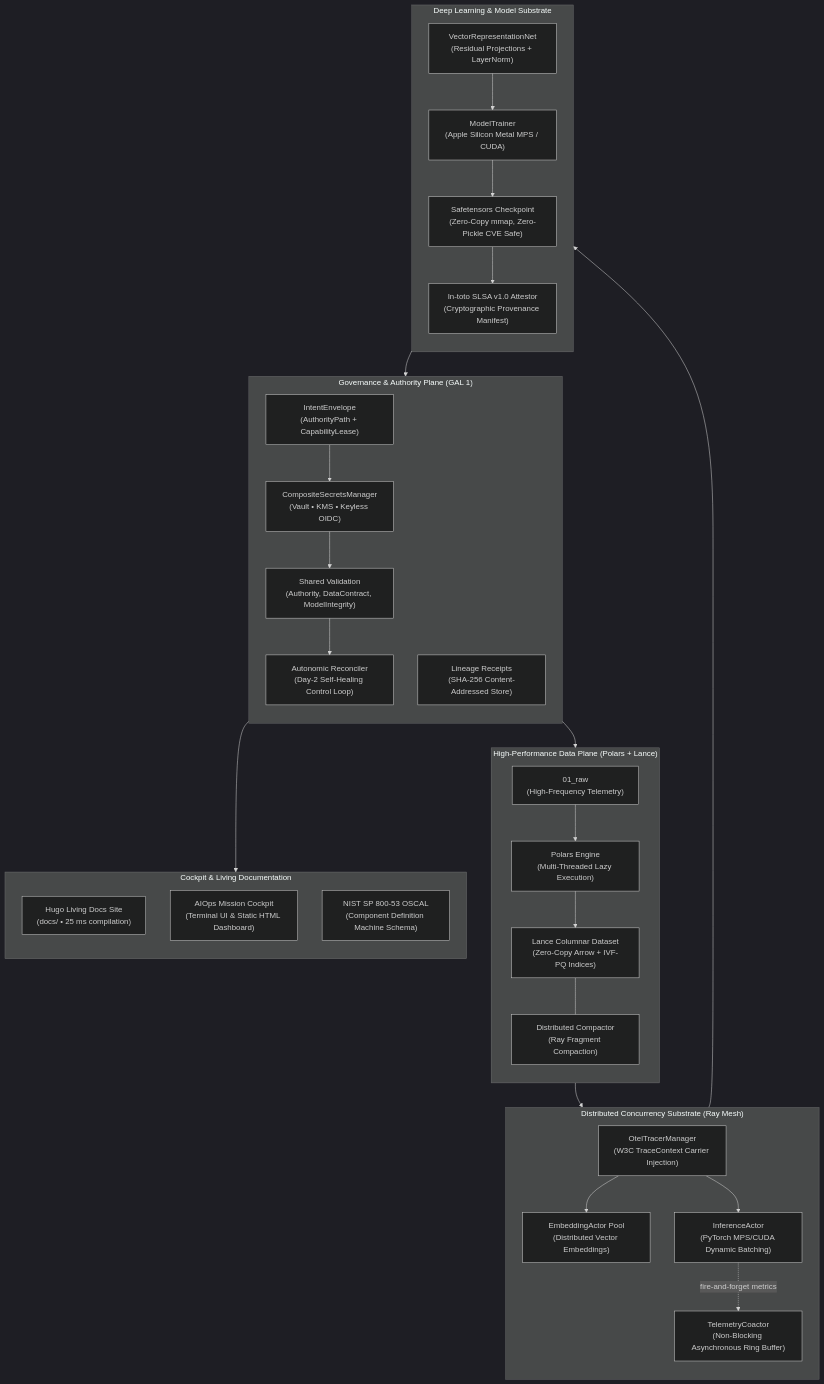
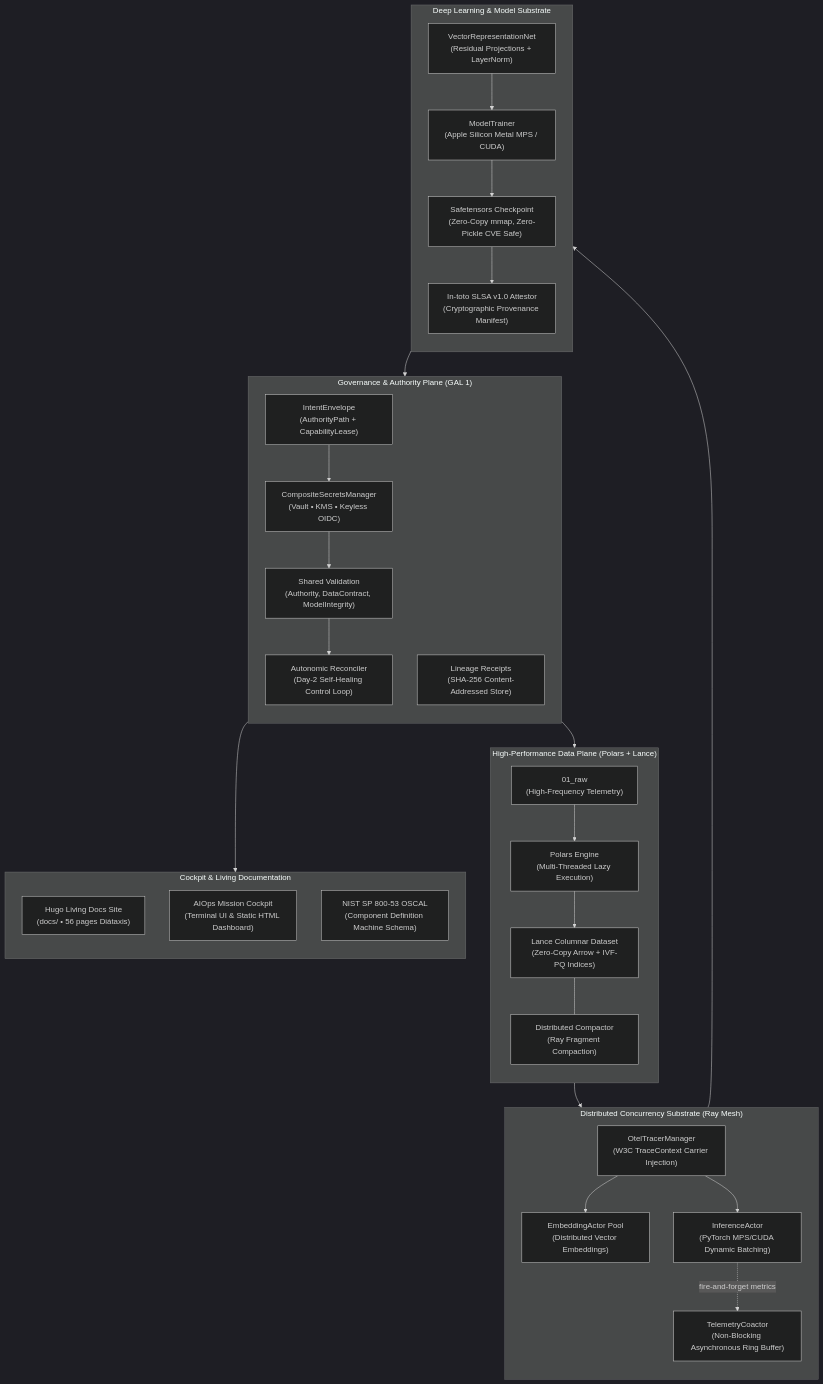
Before and after one commit to ckodex-labs/ckodex-ai-project-template: the diagram in README.md, drawn with Mermaid (dark theme). The commit also changed other lines of this file and 7 other files, not shown here.

````diff
--- a/README.md
+++ b/README.md
@@ -23,55 +23,55 @@
 ```mermaid
 flowchart TD
     subgraph Governance ["Governance & Authority Plane (GAL 1)"]
         direction TB
         Intent["IntentEnvelope<br/>(AuthorityPath + CapabilityLease)"]
         SecMgr["CompositeSecretsManager<br/>(Vault • KMS • Keyless OIDC)"]
         Val["Shared Validation<br/>(Authority, DataContract, ModelIntegrity)"]
         Reconciler["Autonomic Reconciler<br/>(Day-2 Self-Healing Control Loop)"]
         Receipts["Lineage Receipts<br/>(SHA-256 Content-Addressed Store)"]
         Intent --> SecMgr --> Val --> Reconciler
     end
 
     subgraph DataPlane ["High-Performance Data Plane (Polars + Lance)"]
         direction TB
         Raw["01_raw<br/>(High-Frequency Telemetry)"]
         PolarsClean["Polars Engine<br/>(Multi-Threaded Lazy Execution)"]
         LanceCatalog["Lance Columnar Dataset<br/>(Zero-Copy Arrow + IVF-PQ Indices)"]
         Compactor["Distributed Compactor<br/>(Ray Fragment Compaction)"]
         Raw --> PolarsClean --> LanceCatalog
         LanceCatalog --- Compactor
     end
 
     subgraph ComputePlane ["Distributed Concurrency Substrate (Ray Mesh)"]
         direction TB
         OTEL["OtelTracerManager<br/>(W3C TraceContext Carrier Injection)"]
         EmbeddingPool["EmbeddingActor Pool<br/>(Distributed Vector Embeddings)"]
         InfActor["InferenceActor<br/>(PyTorch MPS/CUDA Dynamic Batching)"]
         CoActor["TelemetryCoactor<br/>(Non-Blocking Asynchronous Ring Buffer)"]
         OTEL --> EmbeddingPool
         OTEL --> InfActor
         InfActor -.->|fire-and-forget metrics| CoActor
     end
 
     subgraph MLPlane ["Deep Learning & Model Substrate"]
         direction TB
         Net["VectorRepresentationNet<br/>(Residual Projections + LayerNorm)"]
         Trainer["ModelTrainer<br/>(Apple Silicon Metal MPS / CUDA)"]
         Checkpoint["Safetensors Checkpoint<br/>(Zero-Copy mmap, Zero-Pickle CVE Safe)"]
         Attestor["In-toto SLSA v1.0 Attestor<br/>(Cryptographic Provenance Manifest)"]
         Net --> Trainer --> Checkpoint --> Attestor
     end
 
     subgraph CockpitPlane ["Cockpit & Living Documentation"]
         direction TB
-        HugoDocs["Hugo Living Docs Site<br/>(docs/ • 25 ms compilation)"]
+        HugoDocs["Hugo Living Docs Site<br/>(docs/ • 56 pages Diátaxis)"]
         Cockpit["AIOps Mission Cockpit<br/>(Terminal UI & Static HTML Dashboard)"]
         OscalGen["NIST SP 800-53 OSCAL<br/>(Component Definition Machine Schema)"]
     end
 
     Governance --> DataPlane
     DataPlane --> ComputePlane
     ComputePlane --> MLPlane
     MLPlane --> Receipts
     Receipts --> CockpitPlane
 ```
````
